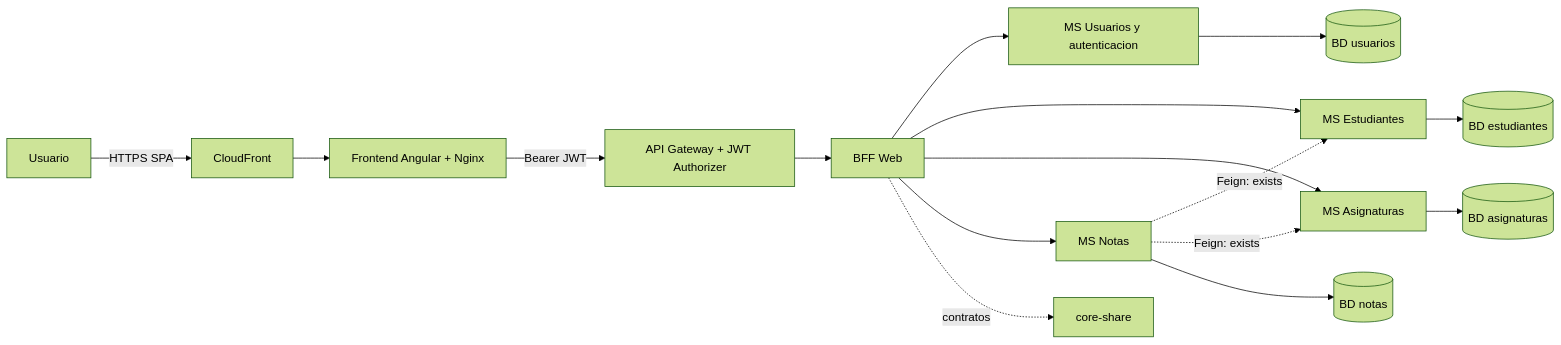
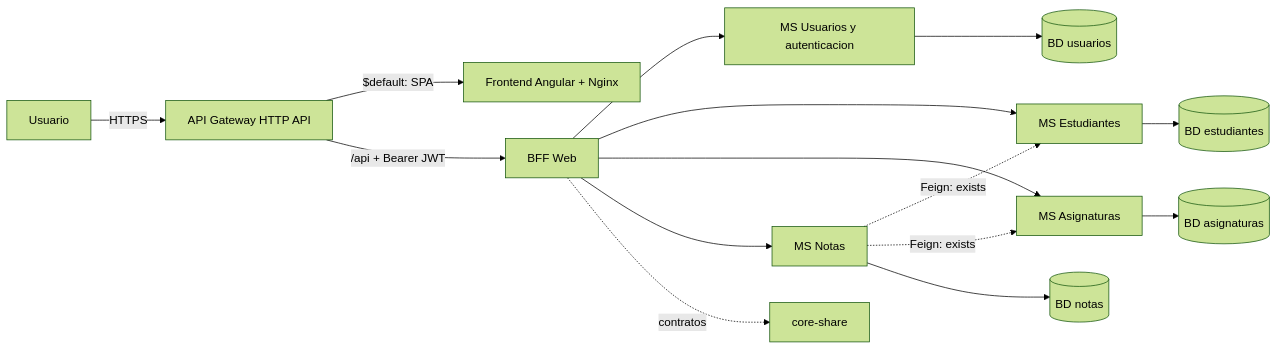
One commit to COdelValle/SIGA-Project changed the diagram in docs/arquitectura.md. Above: the diagram before and after it, drawn with Mermaid (forest theme). The commit also changed other lines of this file and 4 other files, not shown here.

Commit message:
feat(infra): servir el SPA por HTTPS via API Gateway (sin CloudFront)

````diff
--- a/docs/arquitectura.md
+++ b/docs/arquitectura.md
@@ -7,18 +7,17 @@
 ```mermaid
 flowchart LR
-    U[Usuario] -->|HTTPS SPA| CF[CloudFront]
-    CF --> F[Frontend Angular + Nginx]
-    F -->|Bearer JWT| G[API Gateway + JWT Authorizer]
-    G --> B[BFF Web]
+    U[Usuario] -->|HTTPS| G[API Gateway HTTP API]
+    G -->|$default: SPA| F[Frontend Angular + Nginx]
+    G -->|/api + Bearer JWT| B[BFF Web]
     B --> A[MS Usuarios y autenticacion]
     B --> E[MS Estudiantes]
     B --> S[MS Asignaturas]
     B --> N[MS Notas]
     N -. Feign: exists .-> E
     N -. Feign: exists .-> S
     A --> DA[(BD usuarios)]
     E --> DE[(BD estudiantes)]
     S --> DS[(BD asignaturas)]
     N --> DN[(BD notas)]
     B -. contratos .-> C[core-share]
 ```
````
